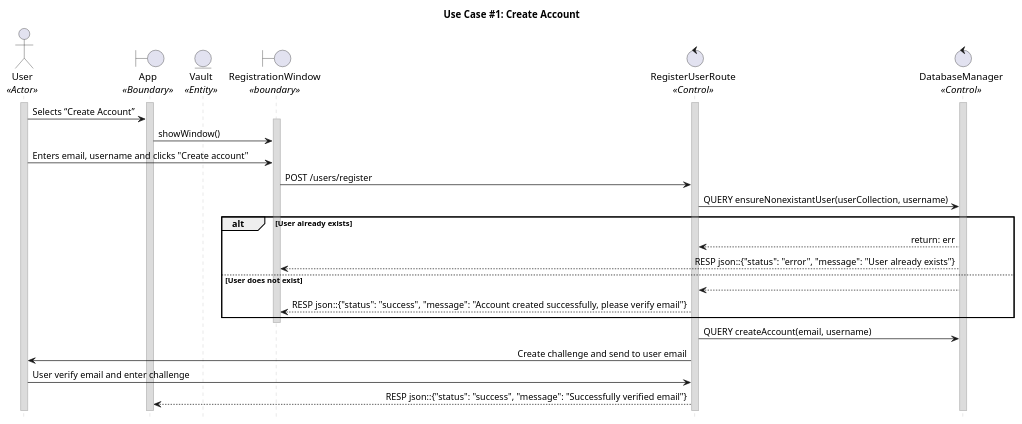
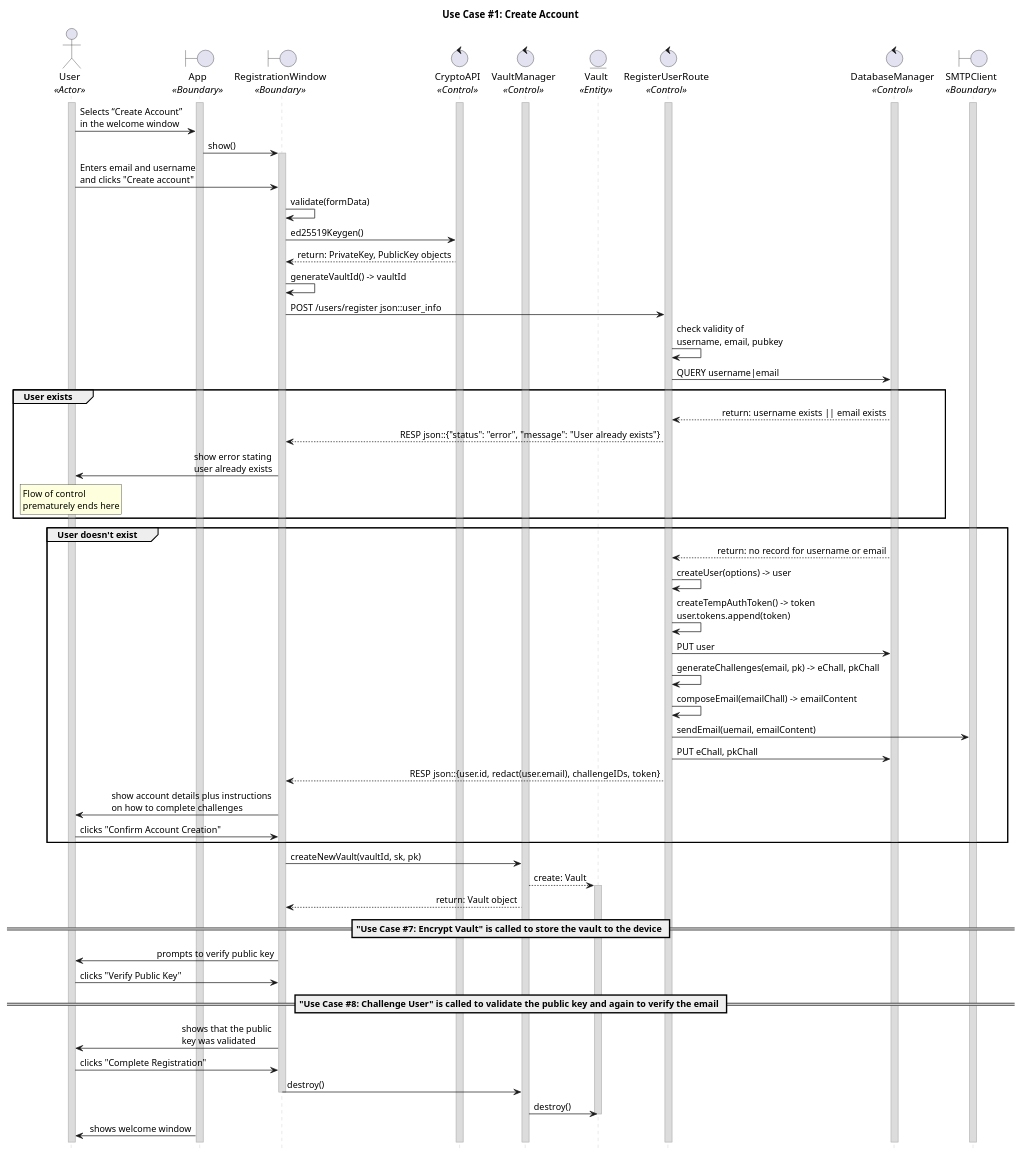
The diagram in uc_01.puml (CECS-491-SP24-Group-1/seq-diagrams), drawn with PlantUML before and after one commit.

Commit message:
Finish uc01

```diff
--- a/uc_01.puml
+++ b/uc_01.puml
@@ -1,61 +1,112 @@
 @startuml uc01
 title "Use Case #1: Create Account"
 
 
 'Styling goes here
 hide footbox
 skinparam stereotypePosition bottom
 skinparam sequenceMessageAlign direction
 skinparam sequence {
 	LifeLineBorderColor #Silver
 	LifeLineBackgroundColor #Gainsboro
 }
 
 'Setup the objects involved here
 actor User as u <<Actor>>
 boundary App as a <<Boundary>>
+boundary RegistrationWindow as rw <<Boundary>>
+control CryptoAPI as ca <<Control>>
+control VaultManager as vm <<Control>>
 entity Vault as v <<Entity>>
-boundary RegistrationWindow as rw <<boundary>>
 control RegisterUserRoute as rur <<Control>>
-control DatabaseManager as db <<Control>> 
+control DatabaseManager as db <<Control>>
+boundary SMTPClient as sc <<Boundary>>
 
 'Setup persistent objects here
 activate u 
 activate a
+activate ca
+activate vm
 activate rur
 activate db
-
+activate sc
 
 '--- FLOW OF CONTROL STARTS HERE ---
-' User selects “Create Account” on the front page.
-u -> a: Selects “Create Account”
+'User selects “Create Account” on the front page.
+u -> a: Selects “Create Account” \nin the welcome window
 
-' System shows a form to create the account.
+'System shows a form to create the account.
+a -> rw: show()
 activate rw
-a -> rw: showWindow()
 
-' User enters email address, username and click "Create account"
-u -> rw: Enters email, username and clicks "Create account"
+'User enters email address, username. User clicks “Create Account” button.
+u -> rw: Enters email and username \nand clicks "Create account"
+rw -> rw: validate(formData)
 
-' User device send a request to the server to create an account
-rw -> rur: POST /users/register
+'User’s device generates a UUID for the user and vault, timestamp, crypto key pair, and an identifier for the vault.
+rw -> ca: ed25519Keygen()
+ca --> rw: return: PrivateKey, PublicKey objects
+rw -> rw: generateVaultId() -> vaultId
 
-rur -> db: QUERY ensureNonexistantUser(userCollection, username)
+'User device send a request to the server to create an account.
+rw -> rur: POST /users/register json::user_info
 
-alt User already exists
-	db --> rur: return: err
-	db --> rw: RESP json::{"status": "error", "message": "User already exists"}
-else User does not exist
-	db --> rur: 
-	rur --> rw: RESP json::{"status": "success", "message": "Account created successfully, please verify email"}
+'Server checks if the account already exists
+rur -> rur: check validity of \nusername, email, pubkey
+rur -> db: QUERY username|email
+
+group User exists
+	db --> rur: return: username exists || email exists
+	rur --> rw: RESP json::{"status": "error", "message": "User already exists"}
+	rw -> u: show error stating \nuser already exists
+	rnote over u
+	Flow of control 
+	prematurely ends here
+	endrnote
 end
+
+group User doesn't exist
+	'Server creates the user and issues a temporary access token
+	db --> rur: return: no record for username or email
+	rur -> rur: createUser(options) -> user
+	rur -> rur: createTempAuthToken() -> token \nuser.tokens.append(token)
+	rur -> db: PUT user
+	rur -> rur: generateChallenges(email, pk) -> eChall, pkChall
+
+	'Server sends an email to the user to confirm creation of the account.
+	rur -> rur: composeEmail(emailChall) -> emailContent
+	rur -> sc: sendEmail(uemail, emailContent)
+	rur -> db: PUT eChall, pkChall
+
+	'Server sends the response back and it's confirmed.
+	rur --> rw: RESP json::{user.id, redact(user.email), challengeIDs, token}
+	rw -> u: show account details plus instructions \non how to complete challenges
+	u -> rw: clicks "Confirm Account Creation"
+end
+
+'User’s device creates a vault with the details provided by the user and the data that was generated.
+rw -> vm: createNewVault(vaultId, sk, pk)
+vm --> v: create: Vault
+activate v
+vm --> rw: return: Vault object
+== "Use Case #7: Encrypt Vault" is called to store the vault to the device ==
+
+'User begins the challenge process
+rw -> u: prompts to verify public key
+u -> rw: clicks "Verify Public Key"
+
+== "Use Case #8: Challenge User" is called to validate the public key and again to verify the email ==
+
+'In-app challenges are completed
+rw -> u: shows that the public \nkey was validated
+u -> rw: clicks "Complete Registration"
+rw -> vm: destroy()
 deactivate rw
+vm -> v: destroy()
+deactivate v
 
-rur -> db: QUERY createAccount(email, username)
-rur -> u: Create challenge and send to user email
-u -> rur: User verify email and enter challenge
-rur --> a: RESP json::{"status": "success", "message": "Successfully verified email"}
-
+'Cleanup
+a -> u: shows welcome window
 '--- FLOW OF CONTROL ENDS HERE   ---
 
 @enduml
```
